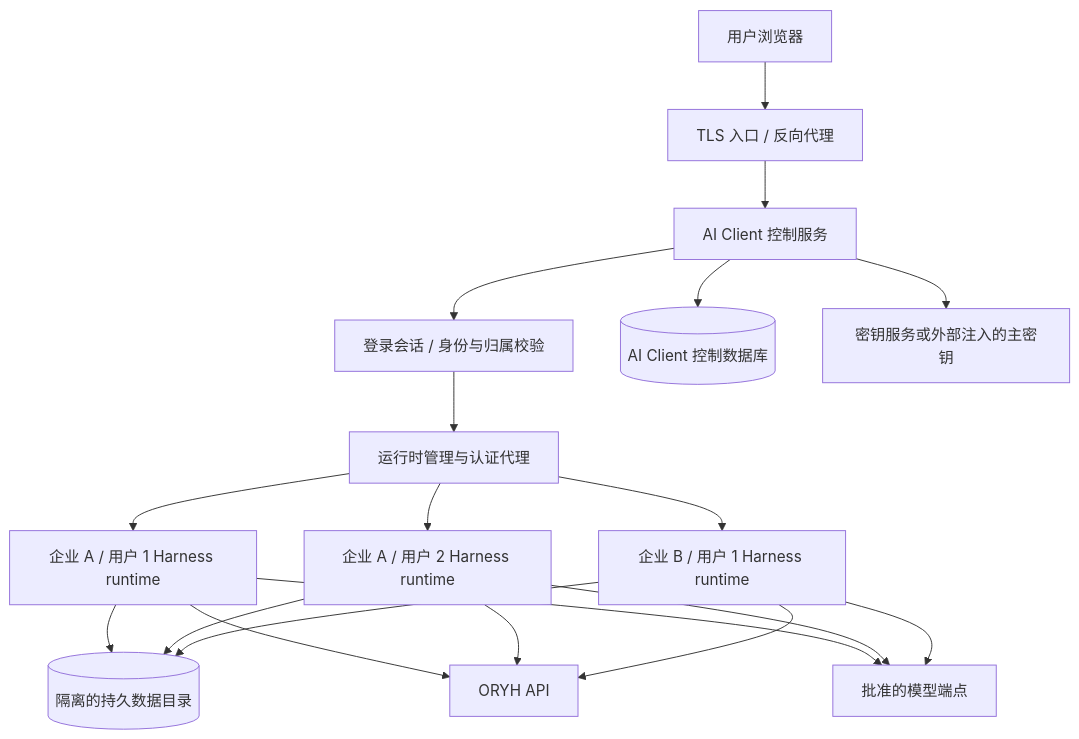
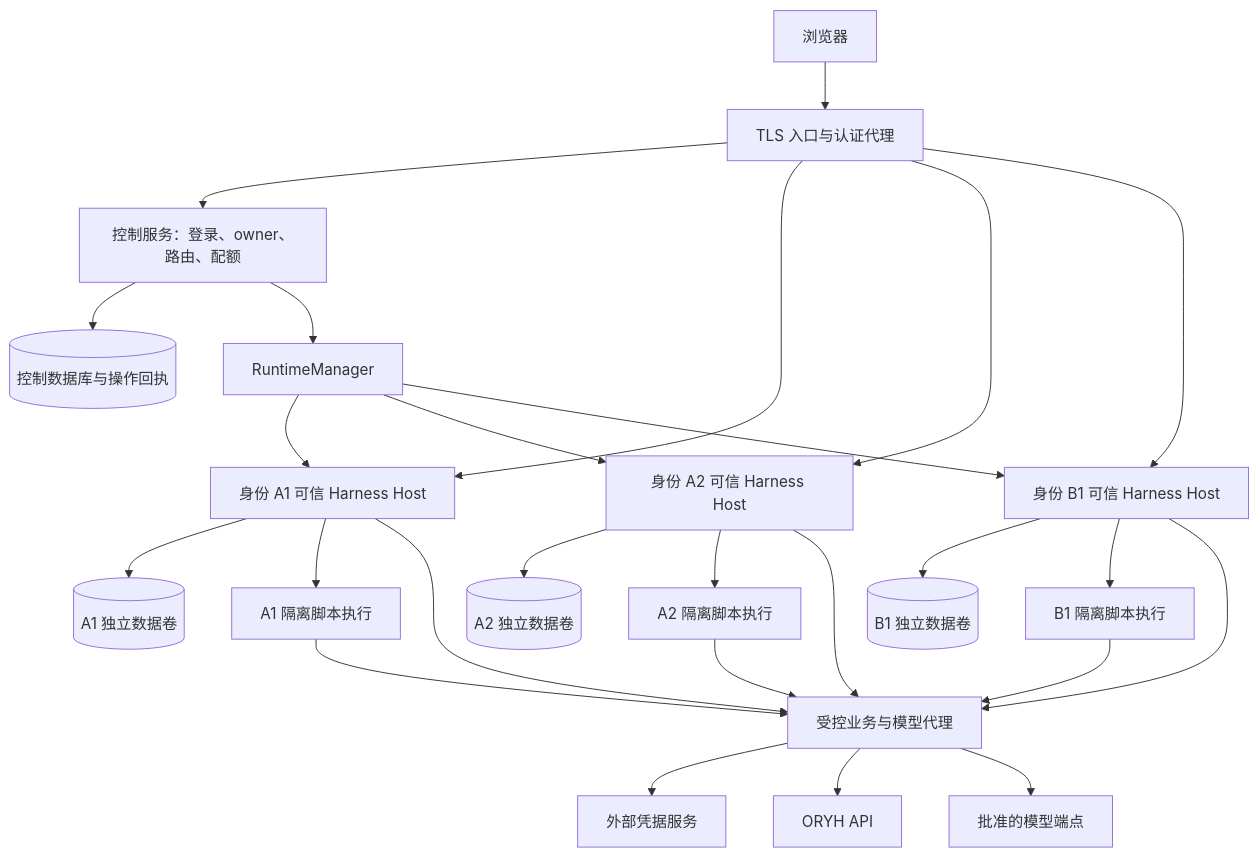
The diagram in docs/19-multi-tenant-server-plan.md (wjtong/oryh-ai-client), drawn with Mermaid before and after one commit. The commit also changed other lines of this file and 84 other files, not shown here.

````diff
--- a/docs/19-multi-tenant-server-plan.md
+++ b/docs/19-multi-tenant-server-plan.md
@@ -66,21 +46,28 @@
 ```mermaid
 flowchart TB
-    B[用户浏览器] --> E[TLS 入口 / 反向代理]
-    E --> C[AI Client 控制服务]
-    C --> A[登录会话 / 身份与归属校验]
-    A --> R[运行时管理与认证代理]
-    R --> U1[企业 A / 用户 1 Harness runtime]
-    R --> U2[企业 A / 用户 2 Harness runtime]
-    R --> U3[企业 B / 用户 1 Harness runtime]
-    C --> DB[(AI Client 控制数据库)]
-    C --> K[密钥服务或外部注入的主密钥]
-    U1 --> V[(隔离的持久数据目录)]
-    U2 --> V
-    U3 --> V
-    U1 --> O[ORYH API]
-    U2 --> O
-    U3 --> O
-    U1 --> M[批准的模型端点]
-    U2 --> M
-    U3 --> M
+    B[浏览器] --> E[TLS 入口与认证代理]
+    E --> C[控制服务：登录、owner、路由、配额]
+    C --> DB[(控制数据库与操作回执)]
+    C --> RM[RuntimeManager]
+    RM --> R1[身份 A1 可信 Harness Host]
+    RM --> R2[身份 A2 可信 Harness Host]
+    RM --> R3[身份 B1 可信 Harness Host]
+    E --> R1
+    E --> R2
+    E --> R3
+    R1 --> V1[(A1 独立数据卷)]
+    R2 --> V2[(A2 独立数据卷)]
+    R3 --> V3[(B1 独立数据卷)]
+    R1 --> X1[A1 隔离脚本执行]
+    R2 --> X2[A2 隔离脚本执行]
+    R3 --> X3[B1 隔离脚本执行]
+    R1 --> P[受控业务与模型代理]
+    R2 --> P
+    R3 --> P
+    X1 --> P
+    X2 --> P
+    X3 --> P
+    P --> K[外部凭据服务]
+    P --> O[ORYH API]
+    P --> M[批准的模型端点]
 ```
````
